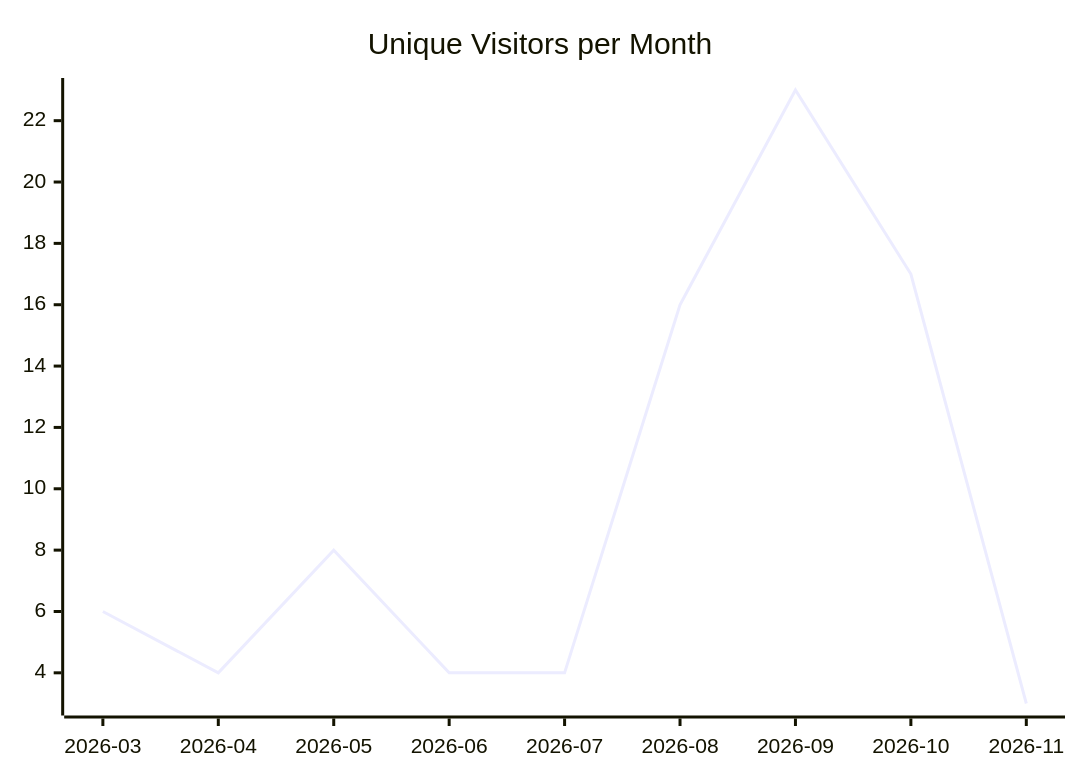
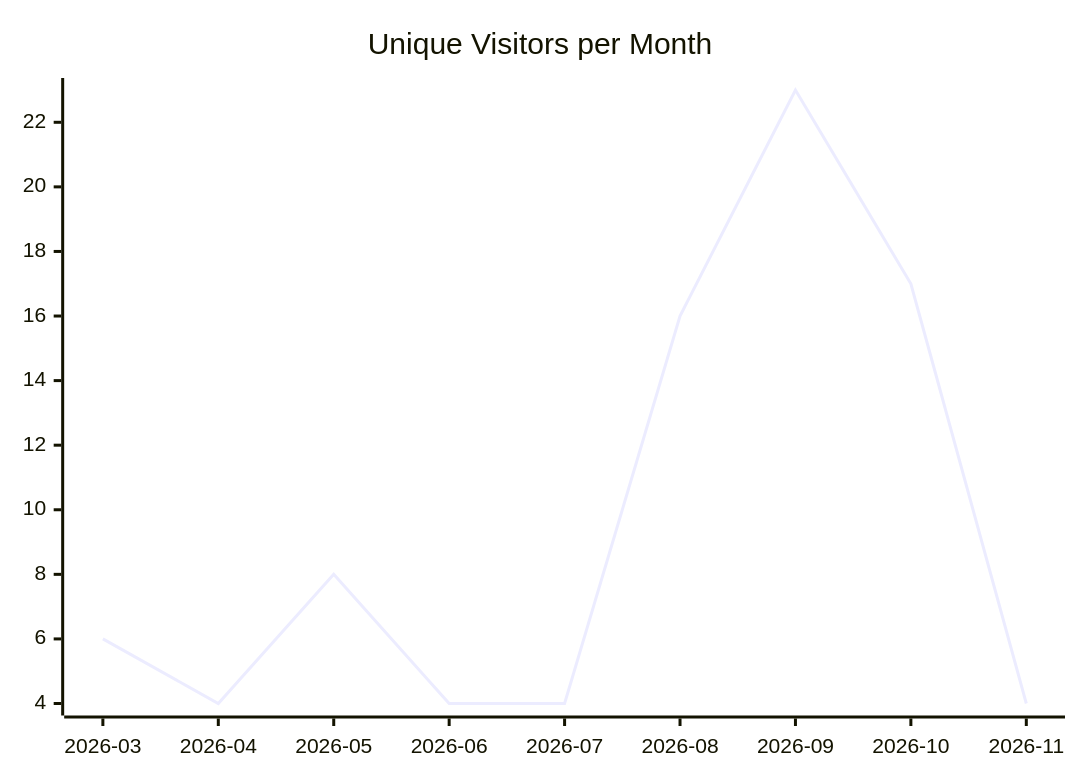
Before and after one commit to justdavis-family/github-analytics-data: the first of 3 diagrams in karlmdavis/xmlpull/README.md, drawn with Mermaid. The commit also changed other lines of this file and 187 other files, not shown here.

````diff
--- a/karlmdavis/xmlpull/README.md
+++ b/karlmdavis/xmlpull/README.md
@@ -5,6 +5,6 @@
 ```mermaid
 xychart-beta
   title "Unique Visitors per Month"
   x-axis ["2026-03", "2026-04", "2026-05", "2026-06", "2026-07", "2026-08", "2026-09", "2026-10", "2026-11"]
-  line [6, 4, 8, 4, 4, 16, 23, 17, 3]
+  line [6, 4, 8, 4, 4, 16, 23, 17, 4]
 ```
````
